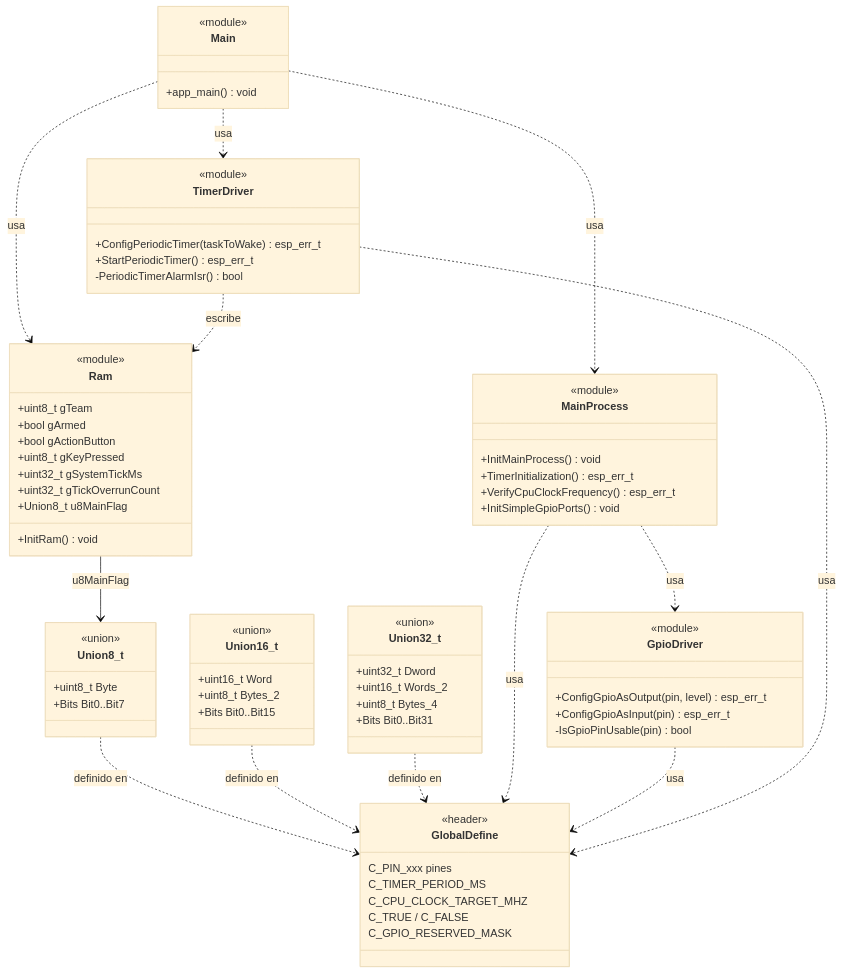
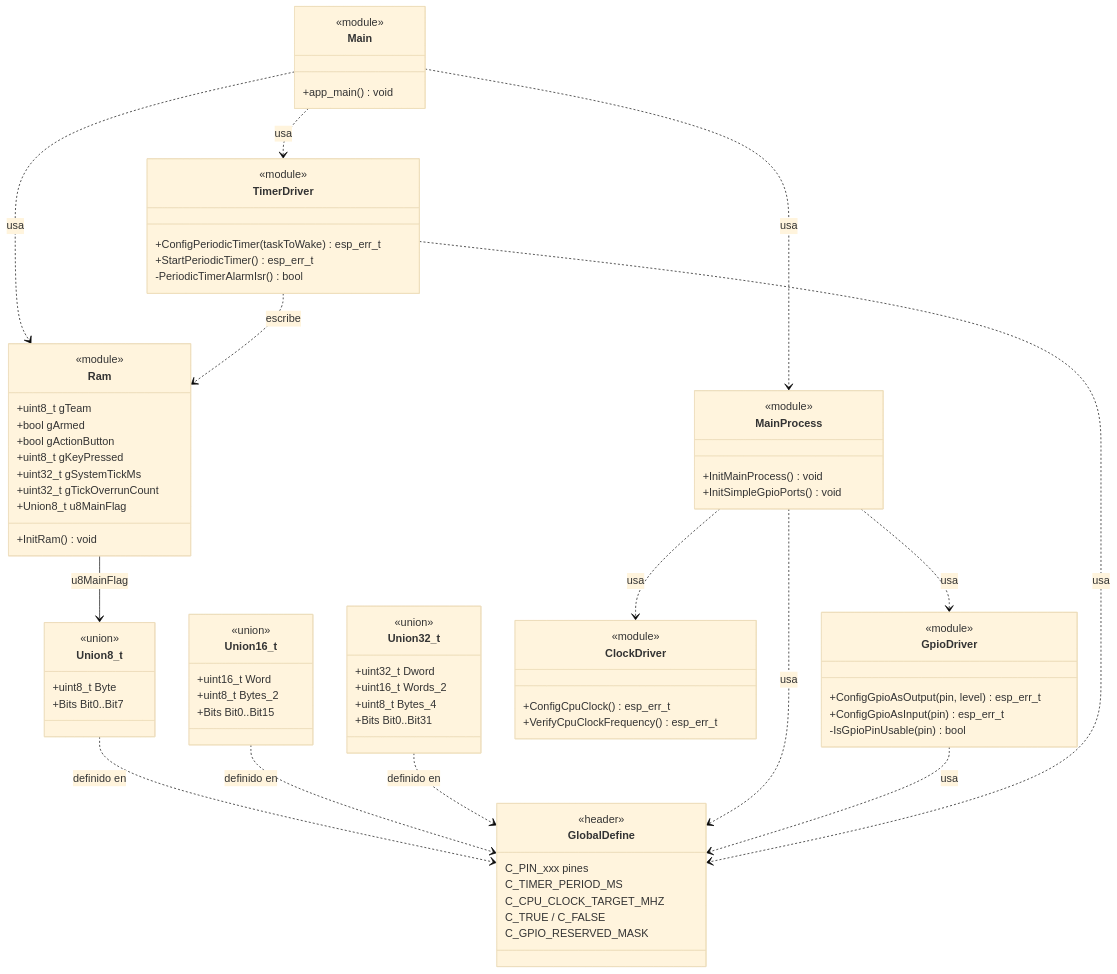
The third of 6 diagrams in Sw/README.md (rodgutzal/Airsoft-MultipurposeGameModeTool), drawn with Mermaid (base theme) before and after one commit. The commit also changed other lines of this file and 7 other files, not shown here.

Commit message:
Agregar documento de arquitectura y mover el reloj a ClockDriver

````diff
--- a/Sw/README.md
+++ b/Sw/README.md
@@ -92,75 +98,79 @@
 ```mermaid
 classDiagram
   class GlobalDefine {
     <<header>>
     C_PIN_xxx pines
     C_TIMER_PERIOD_MS
     C_CPU_CLOCK_TARGET_MHZ
     C_TRUE / C_FALSE
     C_GPIO_RESERVED_MASK
   }
   class Union8_t {
     <<union>>
     +uint8_t Byte
     +Bits Bit0..Bit7
   }
   class Union16_t {
     <<union>>
     +uint16_t Word
     +uint8_t Bytes_2
     +Bits Bit0..Bit15
   }
   class Union32_t {
     <<union>>
     +uint32_t Dword
     +uint16_t Words_2
     +uint8_t Bytes_4
     +Bits Bit0..Bit31
   }
   class Ram {
     <<module>>
     +uint8_t gTeam
     +bool gArmed
     +bool gActionButton
     +uint8_t gKeyPressed
     +uint32_t gSystemTickMs
     +uint32_t gTickOverrunCount
     +Union8_t u8MainFlag
     +InitRam() void
   }
   class MainProcess {
     <<module>>
     +InitMainProcess() void
-    +TimerInitialization() esp_err_t
+    +InitSimpleGpioPorts() void
+  }
+  class ClockDriver {
+    <<module>>
+    +ConfigCpuClock() esp_err_t
     +VerifyCpuClockFrequency() esp_err_t
-    +InitSimpleGpioPorts() void
   }
   class GpioDriver {
     <<module>>
     +ConfigGpioAsOutput(pin, level) esp_err_t
     +ConfigGpioAsInput(pin) esp_err_t
     -IsGpioPinUsable(pin) bool
   }
   class TimerDriver {
     <<module>>
     +ConfigPeriodicTimer(taskToWake) esp_err_t
     +StartPeriodicTimer() esp_err_t
     -PeriodicTimerAlarmIsr() bool
   }
   class Main {
     <<module>>
     +app_main() void
   }
   Union8_t ..> GlobalDefine : definido en
   Union16_t ..> GlobalDefine : definido en
   Union32_t ..> GlobalDefine : definido en
   Ram --> Union8_t : u8MainFlag
   Main ..> Ram : usa
   Main ..> MainProcess : usa
   Main ..> TimerDriver : usa
+  MainProcess ..> ClockDriver : usa
   MainProcess ..> GpioDriver : usa
   MainProcess ..> GlobalDefine : usa
   GpioDriver ..> GlobalDefine : usa
   TimerDriver ..> Ram : escribe
   TimerDriver ..> GlobalDefine : usa
 ```
````
